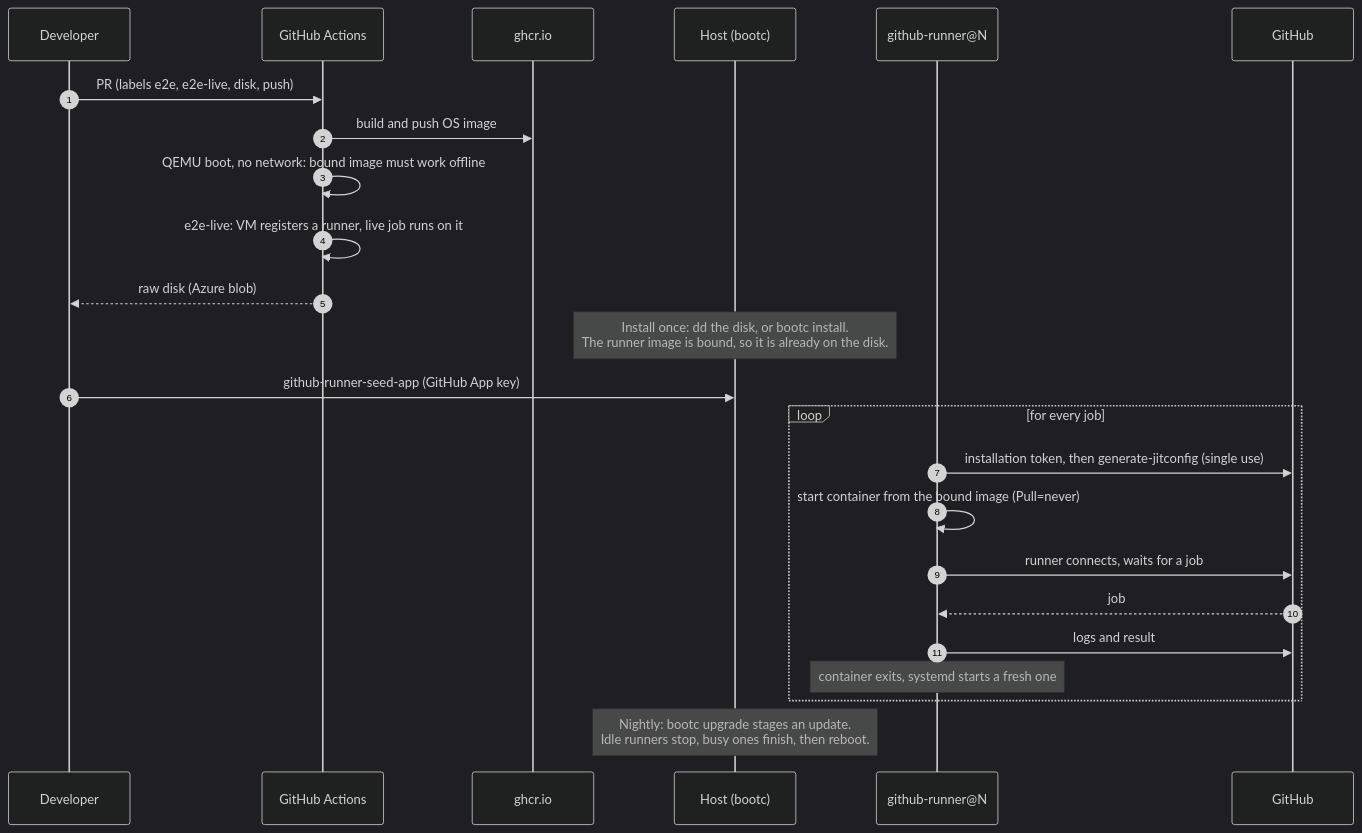
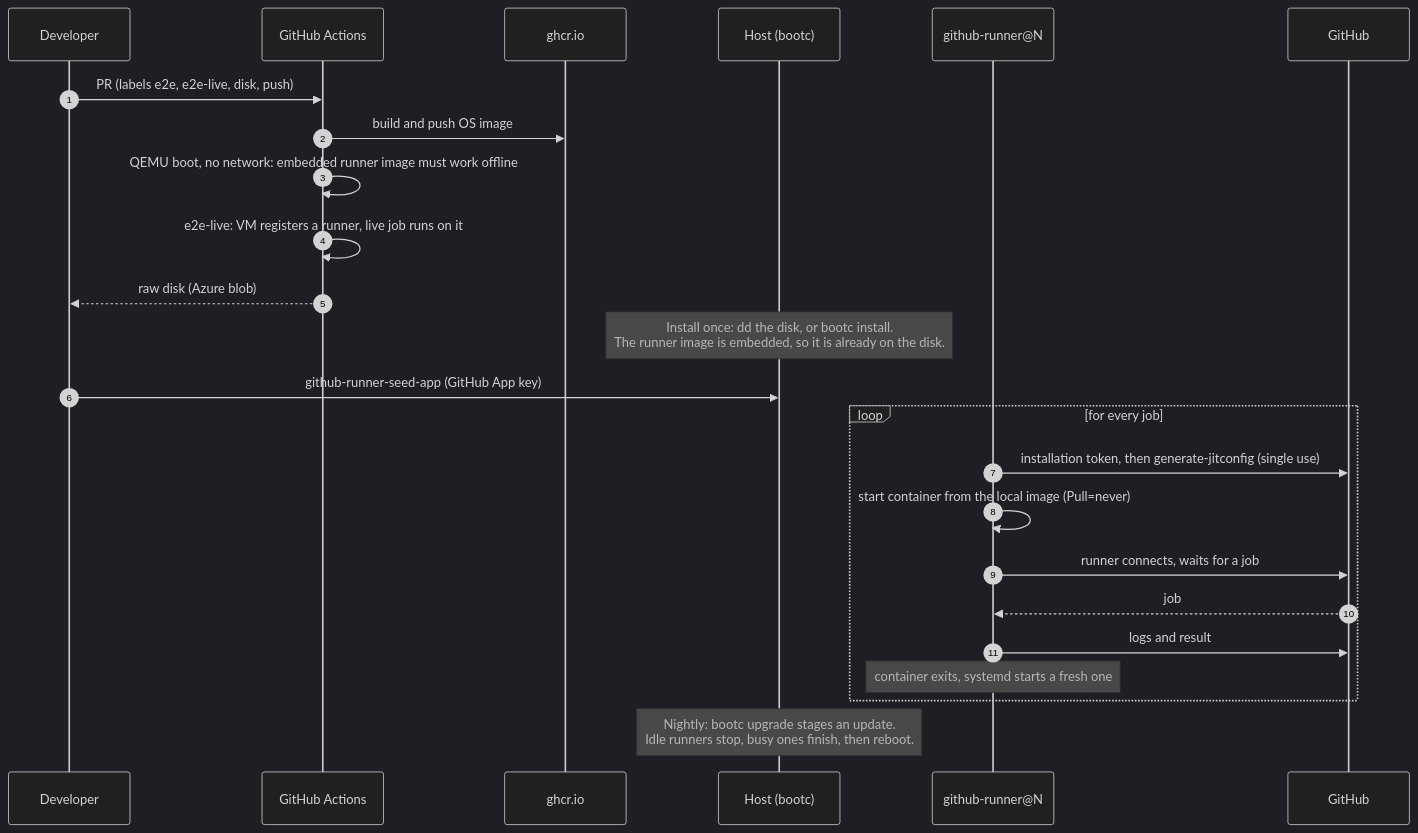
One commit to cthtrifork/github-runner-bootc changed the diagram in docs/flow.mmd. Above: the diagram before and after it, drawn with Mermaid (dark theme). The commit also changed 17 other files, not shown here.

First line of the commit message:
feat(image): embed the runner image in the OS image instead of binding it

```diff
--- a/docs/flow.mmd
+++ b/docs/flow.mmd
@@ -1,28 +1,28 @@
 sequenceDiagram
     autonumber
     participant D as Developer
     participant CI as GitHub Actions
     participant R as ghcr.io
     participant H as Host (bootc)
     participant S as github-runner@N
     participant G as GitHub
 
     D->>CI: PR (labels e2e, e2e-live, disk, push)
     CI->>R: build and push OS image
-    CI->>CI: QEMU boot, no network: bound image must work offline
+    CI->>CI: QEMU boot, no network: embedded runner image must work offline
     CI->>CI: e2e-live: VM registers a runner, live job runs on it
     CI-->>D: raw disk (Azure blob)
 
-    Note over H: Install once: dd the disk, or bootc install.<br/>The runner image is bound, so it is already on the disk.
+    Note over H: Install once: dd the disk, or bootc install.<br/>The runner image is embedded, so it is already on the disk.
     D->>H: github-runner-seed-app (GitHub App key)
 
     loop for every job
         S->>G: installation token, then generate-jitconfig (single use)
-        S->>S: start container from the bound image (Pull=never)
+        S->>S: start container from the local image (Pull=never)
         S->>G: runner connects, waits for a job
         G-->>S: job
         S->>G: logs and result
         Note over S: container exits, systemd starts a fresh one
     end
 
     Note over H: Nightly: bootc upgrade stages an update.<br/>Idle runners stop, busy ones finish, then reboot.
```
